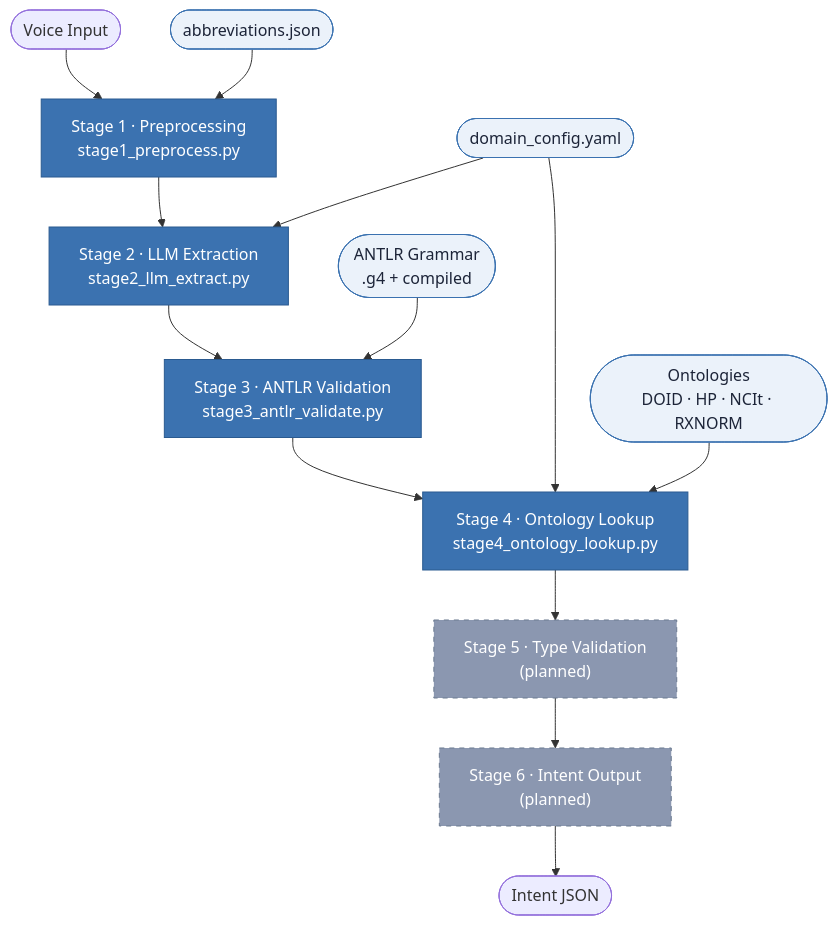
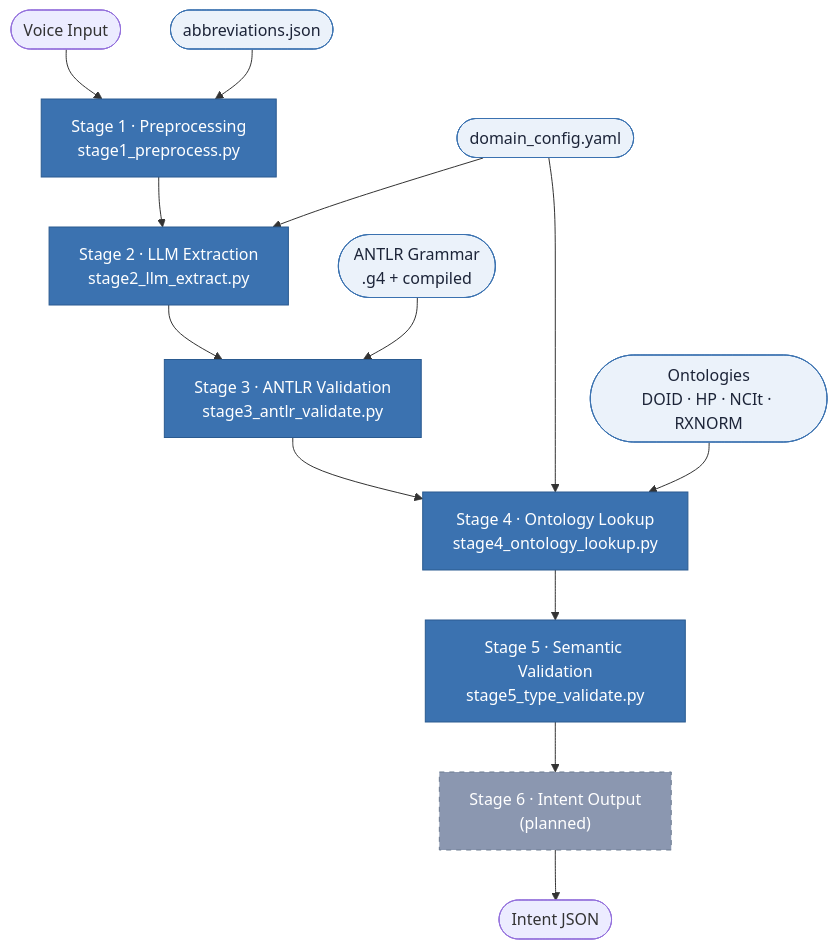
The first of 3 diagrams in docs/uml_diagrams.md (anushkajoshi909/medical-voice-intent-pipeline), drawn with Mermaid before and after one commit. The commit also changed other lines of this file and 10 other files, not shown here.

````diff
--- a/docs/uml_diagrams.md
+++ b/docs/uml_diagrams.md
@@ -15,24 +15,24 @@
 ```mermaid
 graph TD
     IN([Voice Input]) --> S1
 
     S1["Stage 1 · Preprocessing\nstage1_preprocess.py"]:::impl
     S2["Stage 2 · LLM Extraction\nstage2_llm_extract.py"]:::impl
     S3["Stage 3 · ANTLR Validation\nstage3_antlr_validate.py"]:::impl
     S4["Stage 4 · Ontology Lookup\nstage4_ontology_lookup.py"]:::impl
-    S5["Stage 5 · Type Validation\n(planned)"]:::planned
+    S5["Stage 5 · Semantic Validation\nstage5_type_validate.py"]:::impl
     S6["Stage 6 · Intent Output\n(planned)"]:::planned
 
     S1 --> S2 --> S3 --> S4 --> S5 --> S6
     S6 --> OUT([Intent JSON])
 
     ABB([abbreviations.json]):::cfg --> S1
     DC([domain_config.yaml]):::cfg --> S2
     DC --> S4
     GR([ANTLR Grammar\n.g4 + compiled]):::cfg --> S3
     ONT([Ontologies\nDOID · HP · NCIt · RXNORM]):::cfg --> S4
 
     classDef impl fill:#3B72B0,color:#fff,stroke:#2A5A90
     classDef planned fill:#8B97B0,color:#fff,stroke:#6B7A90,stroke-dasharray:5 5
     classDef cfg fill:#EBF2FA,color:#1C2438,stroke:#3B72B0
 ```
````
